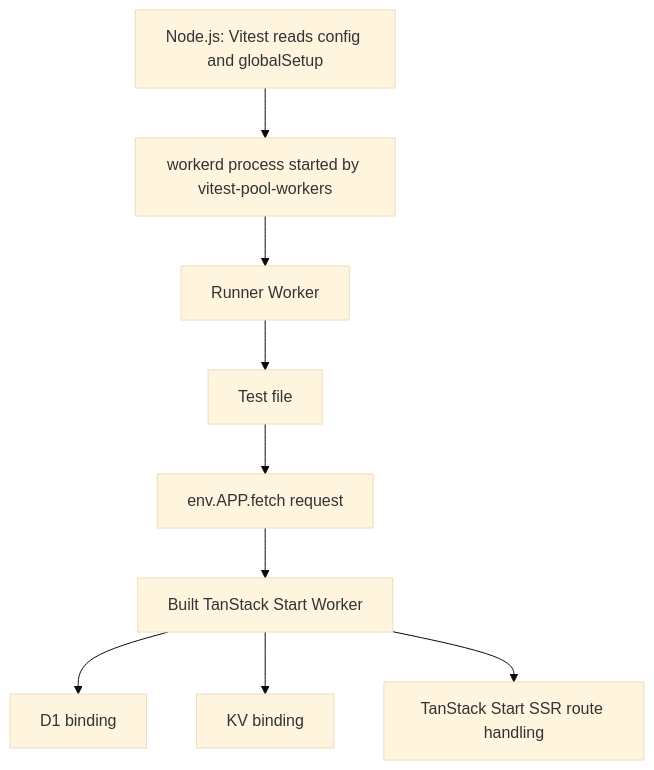
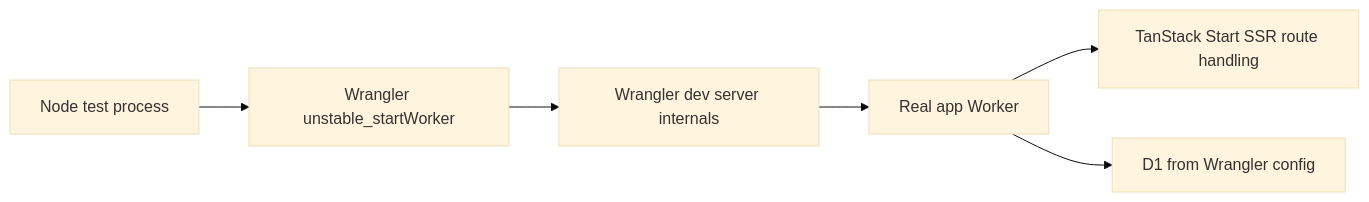
Before and after one commit to mw10013/tanstack-cloudflare-effect-saas: the third of 3 diagrams in docs/vitest4-cloudflare-runtime-blocker.md, drawn with Mermaid (base theme). The commit also changed other lines of this file and 1 other file, not shown here.

Commit message:
test: update smoke test to use toMatchObject for response validation

````diff
--- a/docs/vitest4-cloudflare-runtime-blocker.md
+++ b/docs/vitest4-cloudflare-runtime-blocker.md
@@ -102,11 +77,8 @@
 ```mermaid
-flowchart TD
-  A[Node.js: Vitest reads config and globalSetup] --> B[workerd process started by vitest-pool-workers]
-  B --> C[Runner Worker]
-  C --> D[Test file]
-  D --> E[env.APP.fetch request]
-  E --> F[Built TanStack Start Worker]
-  F --> G[D1 binding]
-  F --> H[KV binding]
-  F --> I[TanStack Start SSR route handling]
+flowchart LR
+  A[Node test process] --> B[Wrangler unstable_startWorker]
+  B --> C[Wrangler dev server internals]
+  C --> D[Real app Worker]
+  D --> E[TanStack Start SSR route handling]
+  D --> F[D1 from Wrangler config]
 ```
````
